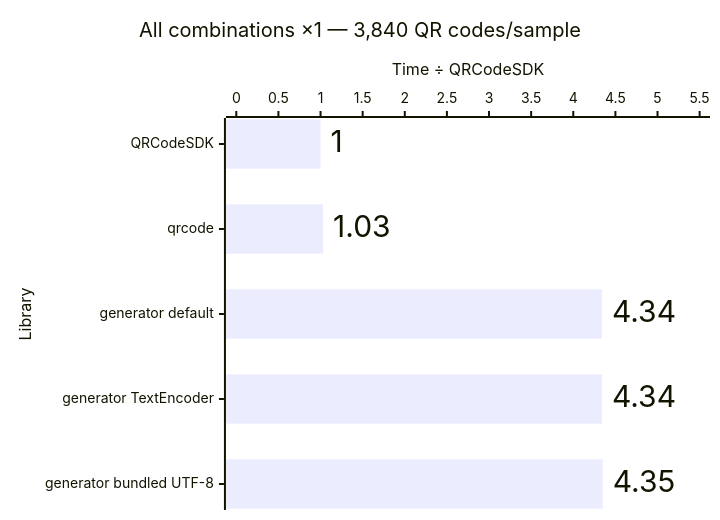
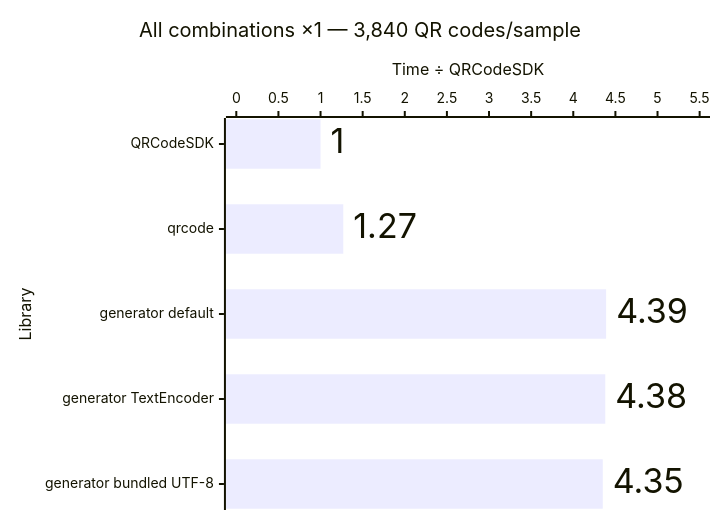
One commit to Dafnik/qrcodesdk changed the sixth of 12 diagrams in apps/docs/src/content/docs/guides/performance.md. Above: the diagram before and after it, drawn with Mermaid. The commit also changed other lines of this file, not shown here.

````diff
--- a/apps/docs/src/content/docs/guides/performance.md
+++ b/apps/docs/src/content/docs/guides/performance.md
@@ -105,15 +105,15 @@
 ```mermaid
 ---
 config:
   xyChart:
     showDataLabel: true
     showDataLabelOutsideBar: true
 ---
 xychart horizontal
   accTitle: Matrix generation: All combinations ×1 — 3,840 QR codes/sample
-  accDescr: Relative median time compared with QRCodeSDK. QRCodeSDK 1.00 times, qrcode 1.03 times, generator default 4.34 times, generator TextEncoder 4.34 times, generator bundled UTF-8 4.35 times. Lower is better.
+  accDescr: Relative median time compared with QRCodeSDK. QRCodeSDK 1.00 times, qrcode 1.27 times, generator default 4.39 times, generator TextEncoder 4.38 times, generator bundled UTF-8 4.35 times. Lower is better.
   title "All combinations ×1 — 3,840 QR codes/sample"
   x-axis "Library" ["QRCodeSDK", "qrcode", "generator default", "generator TextEncoder", "generator bundled UTF-8"]
   y-axis "Time ÷ QRCodeSDK" 0 --> 5.5
-  bar [1.00, 1.03, 4.34, 4.34, 4.35]
+  bar [1.00, 1.27, 4.39, 4.38, 4.35]
 ```
````
